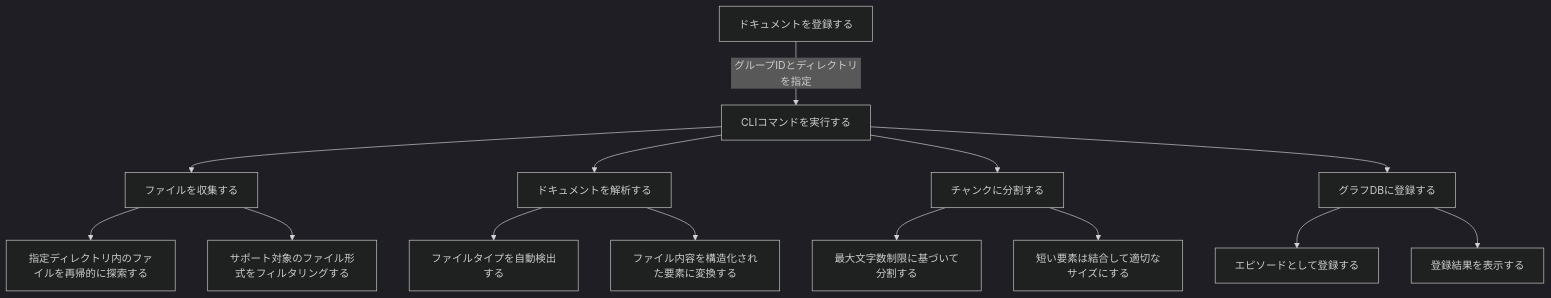
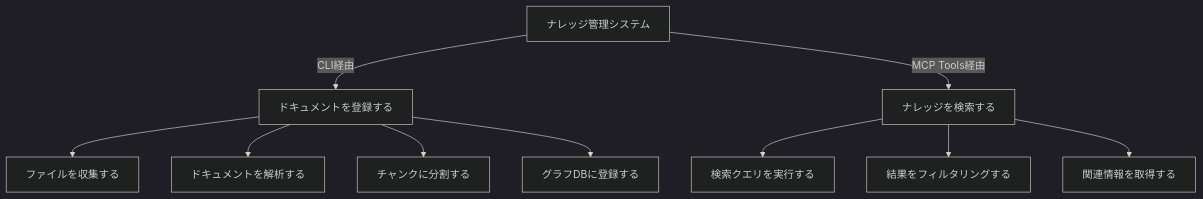
One commit to suwa-sh/local-RAG-backend changed the fourth of 9 diagrams in DEVELOPER.md. Above: the diagram before and after it, drawn with Mermaid (dark theme). The commit also changed other lines of this file and 24 other files, not shown here.

````diff
--- a/DEVELOPER.md
+++ b/DEVELOPER.md
@@ -108,34 +117,28 @@
 ```mermaid
 graph TD
-    A[ドキュメントを登録する]
+    A[ナレッジ管理システム]
 
-    B1[CLIコマンドを実行する]
+    B1[ドキュメントを登録する]
+    B2[ナレッジを検索する]
+
     B1_1[ファイルを収集する]
     B1_2[ドキュメントを解析する]
     B1_3[チャンクに分割する]
     B1_4[グラフDBに登録する]
 
-    C2[指定ディレクトリ内のファイルを再帰的に探索する]
-    C3[サポート対象のファイル形式をフィルタリングする]
-    C4[ファイルタイプを自動検出する]
-    C5[ファイル内容を構造化された要素に変換する]
-    C6[最大文字数制限に基づいて分割する]
-    C7[短い要素は結合して適切なサイズにする]
-    C8[エピソードとして登録する]
-    C9[登録結果を表示する]
+    B2_1[検索クエリを実行する]
+    B2_2[結果をフィルタリングする]
+    B2_3[関連情報を取得する]
 
-    A -- グループIDとディレクトリを指定 --> B1
+    A -- CLI経由 --> B1
+    A -- MCP Tools経由 --> B2
+
     B1 --> B1_1
     B1 --> B1_2
     B1 --> B1_3
     B1 --> B1_4
 
-    B1_1 --> C2
-    B1_1 --> C3
-    B1_2 --> C4
-    B1_2 --> C5
-    B1_3 --> C6
-    B1_3 --> C7
-    B1_4 --> C8
-    B1_4 --> C9
+    B2 --> B2_1
+    B2 --> B2_2
+    B2 --> B2_3
 ```
````
